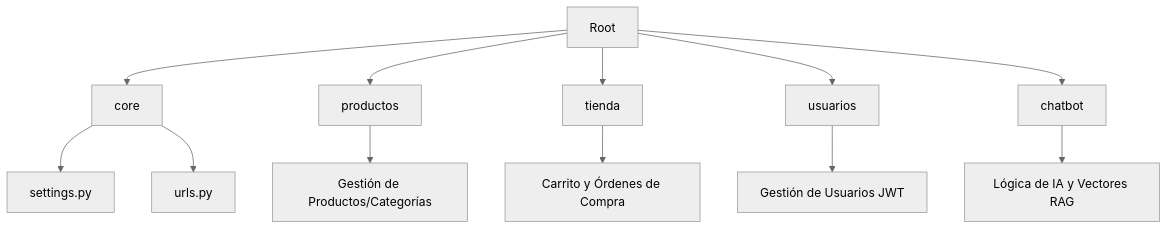
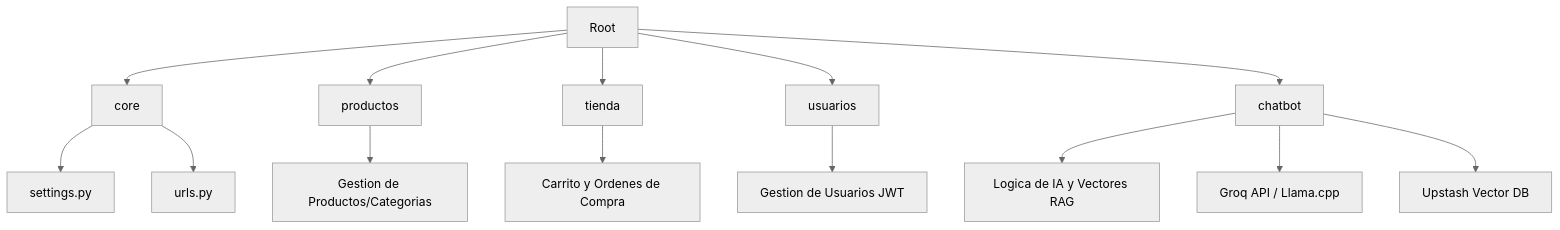
The diagram in README.md (DaniDevGS/E-commerce-API-RAG-DRF), drawn with Mermaid (neutral theme) before and after one commit. The commit also changed other lines of this file and 12 other files, not shown here.

````diff
--- a/README.md
+++ b/README.md
@@ -60,16 +27,19 @@
 ```mermaid
 graph TD
     A[Root] --> B[core]
     A --> C[productos]
     A --> D[tienda]
     A --> E[usuarios]
     A --> F[chatbot]
 
     B --> B1[settings.py]
     B --> B2[urls.py]
 
-    C --> C1[Gestión de Productos/Categorías]
-    D --> D1[Carrito y Órdenes de Compra]
-    E --> E1[Gestión de Usuarios JWT]
-    F --> F1[Lógica de IA y Vectores RAG]
+    C --> C1[Gestion de Productos/Categorias]
+    D --> D1[Carrito y Ordenes de Compra]
+    E --> E1[Gestion de Usuarios JWT]
+    F --> F1[Logica de IA y Vectores RAG]
+
+    F --> F2[Groq API / Llama.cpp]
+    F --> F3[Upstash Vector DB]
 ```
````
